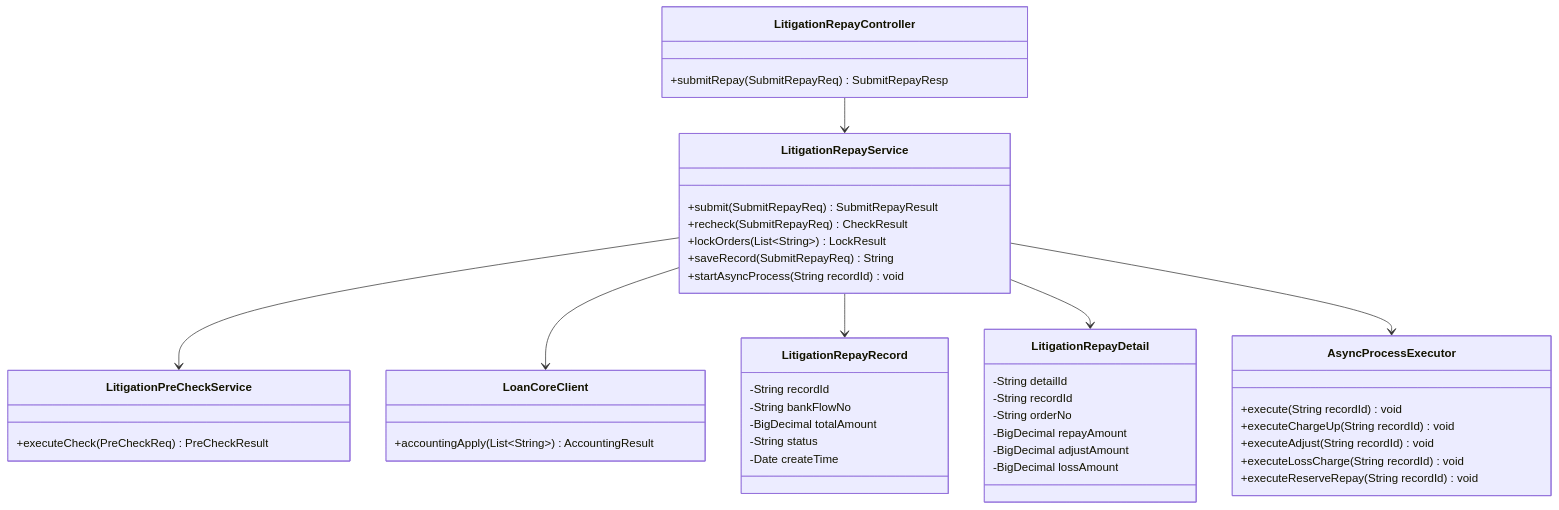
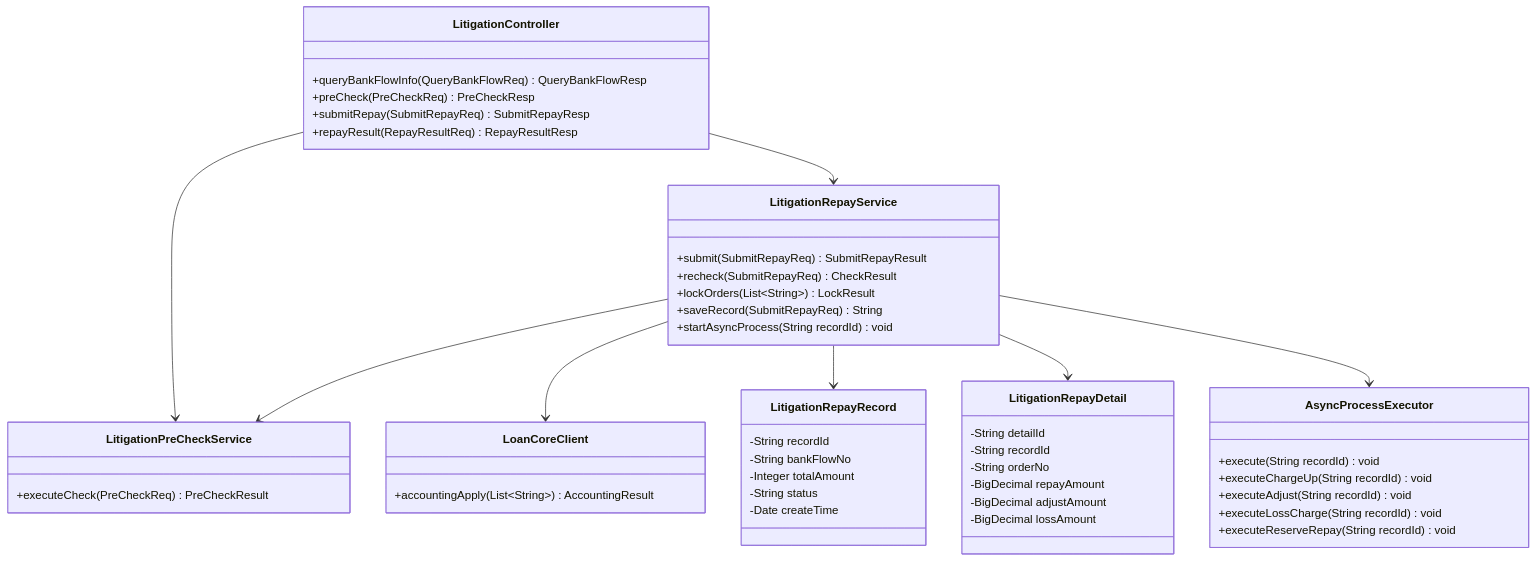
Before and after one commit to topson-cn/obsidian_note: the fifth of 10 diagrams in shuhe/workspace/accountingoperation/iteration/202502-法诉自动入账/详细设计-AO系统.md, drawn with Mermaid. The commit also changed other lines of this file and 3 other files, not shown here.

````diff
--- a/shuhe/workspace/accountingoperation/iteration/202502-法诉自动入账/详细设计-AO系统.md
+++ b/shuhe/workspace/accountingoperation/iteration/202502-法诉自动入账/详细设计-AO系统.md
@@ -557,54 +640,58 @@
 ```mermaid
 classDiagram
-    class LitigationRepayController {
+    class LitigationController {
+        +queryBankFlowInfo(QueryBankFlowReq) QueryBankFlowResp
+        +preCheck(PreCheckReq) PreCheckResp
         +submitRepay(SubmitRepayReq) SubmitRepayResp
+        +repayResult(RepayResultReq) RepayResultResp
     }
 
     class LitigationRepayService {
         +submit(SubmitRepayReq) SubmitRepayResult
         +recheck(SubmitRepayReq) CheckResult
         +lockOrders(List~String~) LockResult
         +saveRecord(SubmitRepayReq) String
         +startAsyncProcess(String recordId) void
     }
 
     class LitigationPreCheckService {
         +executeCheck(PreCheckReq) PreCheckResult
     }
 
     class LoanCoreClient {
         +accountingApply(List~String~) AccountingResult
     }
 
     class LitigationRepayRecord {
         -String recordId
         -String bankFlowNo
-        -BigDecimal totalAmount
+        -Integer totalAmount
         -String status
         -Date createTime
     }
 
     class LitigationRepayDetail {
         -String detailId
         -String recordId
         -String orderNo
         -BigDecimal repayAmount
         -BigDecimal adjustAmount
         -BigDecimal lossAmount
     }
 
     class AsyncProcessExecutor {
         +execute(String recordId) void
         +executeChargeUp(String recordId) void
         +executeAdjust(String recordId) void
         +executeLossCharge(String recordId) void
         +executeReserveRepay(String recordId) void
     }
 
-    LitigationRepayController --> LitigationRepayService
+    LitigationController --> LitigationRepayService
+    LitigationController --> LitigationPreCheckService
     LitigationRepayService --> LitigationPreCheckService
     LitigationRepayService --> LoanCoreClient
     LitigationRepayService --> LitigationRepayRecord
     LitigationRepayService --> LitigationRepayDetail
     LitigationRepayService --> AsyncProcessExecutor
 ```
````
